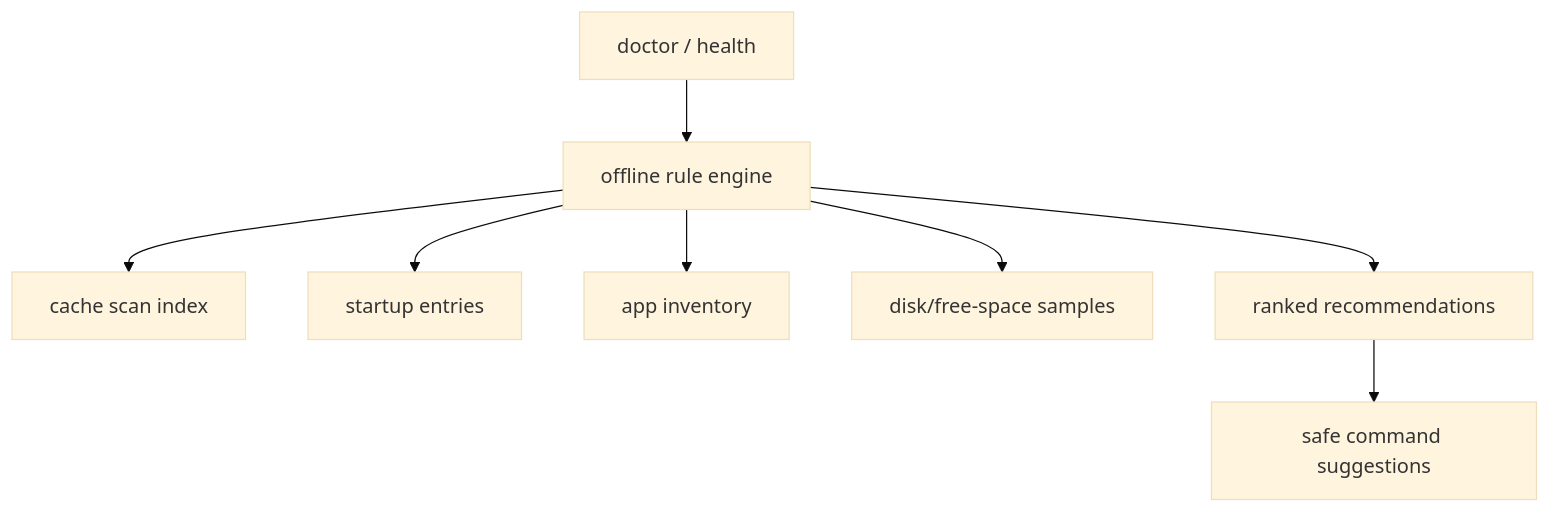
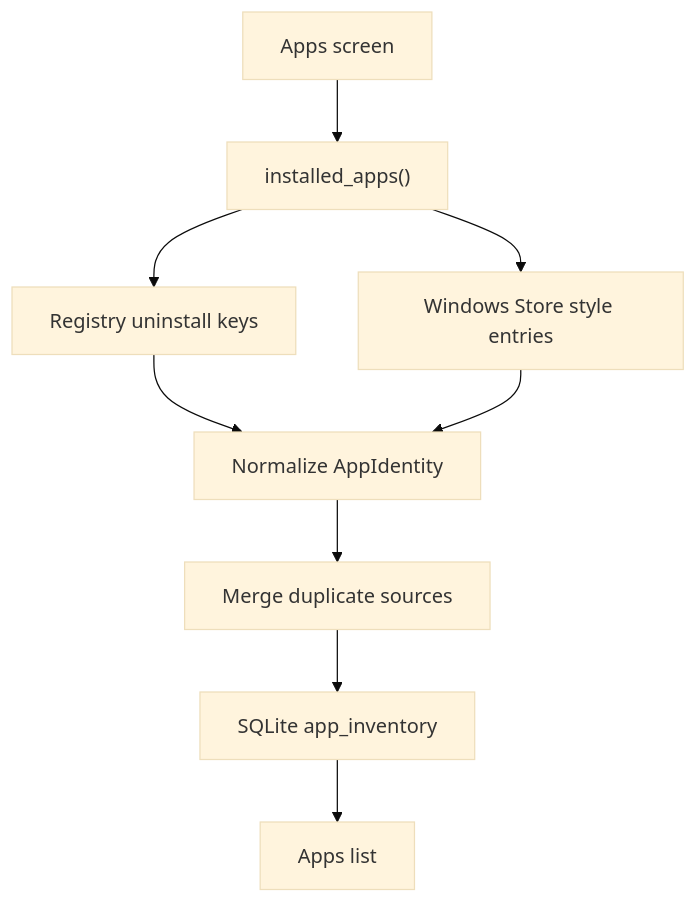
One commit to snehil-pandey/clean-n-adapt changed the seventh of 10 diagrams in ARCHITECTURE.md. Above: the diagram before and after it, drawn with Mermaid (base theme). The commit also changed other lines of this file and 10 other files, not shown here.

````diff
--- a/ARCHITECTURE.md
+++ b/ARCHITECTURE.md
@@ -114,10 +106,11 @@
 ```mermaid
 flowchart TD
-    Doctor["doctor / health"] --> Rules["offline rule engine"]
-    Rules --> ScanDB["cache scan index"]
-    Rules --> Startup["startup entries"]
-    Rules --> Apps["app inventory"]
-    Rules --> Disk["disk/free-space samples"]
-    Rules --> Advice["ranked recommendations"]
-    Advice --> Commands["safe command suggestions"]
+    Apps["Apps screen"] --> Inventory["installed_apps()"]
+    Inventory --> Registry["Registry uninstall keys"]
+    Inventory --> Store["Windows Store style entries"]
+    Registry --> Normalize["Normalize AppIdentity"]
+    Store --> Normalize
+    Normalize --> Dedupe["Merge duplicate sources"]
+    Dedupe --> DB["SQLite app_inventory"]
+    DB --> UI["Apps list"]
 ```
````
